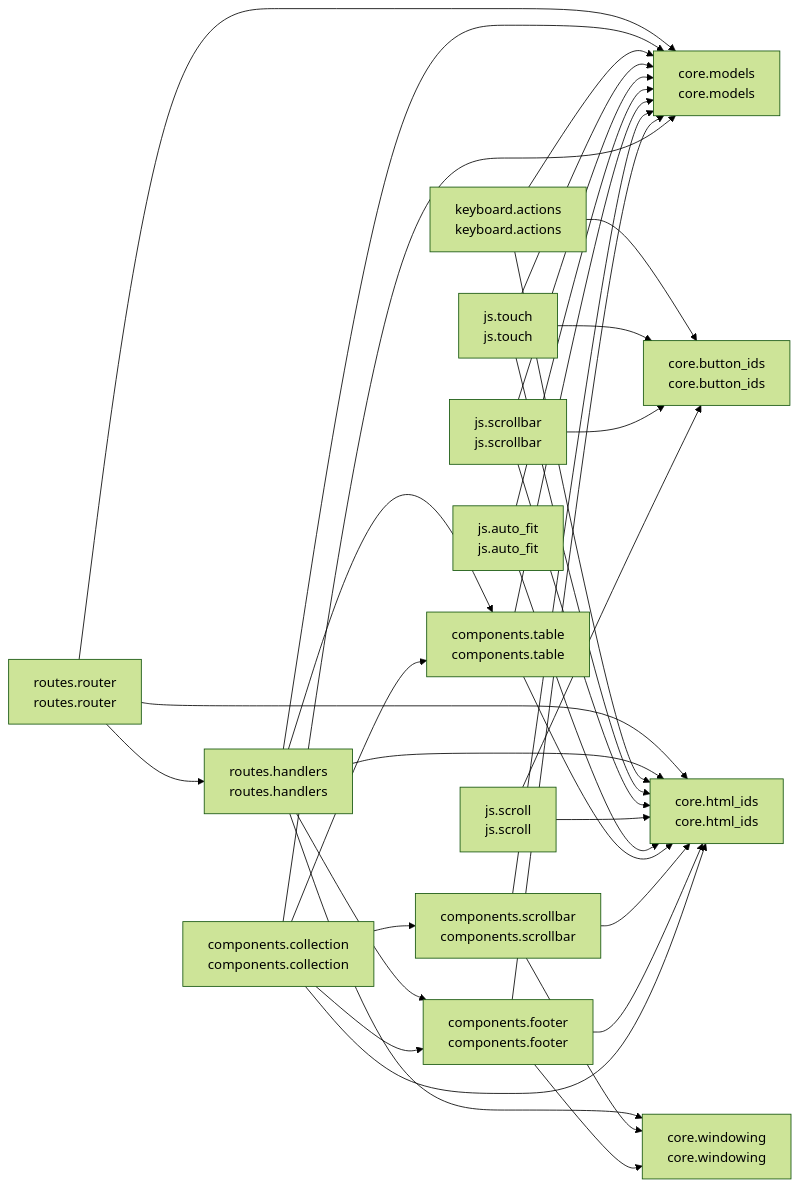
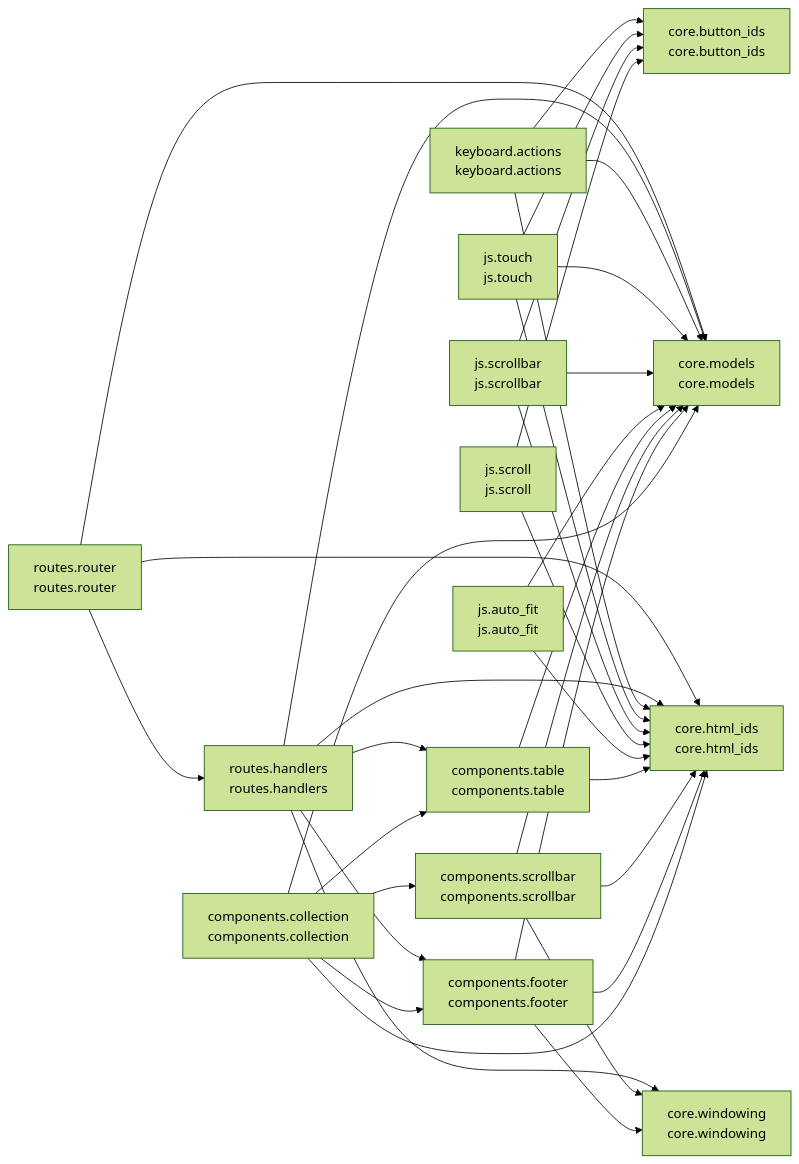
One commit to cj-mills/cjm-fasthtml-virtual-collection changed the diagram in README.md. Above: the diagram before and after it, drawn with Mermaid (forest theme). The commit also changed other lines of this file and 7 other files, not shown here.

````diff
--- a/README.md
+++ b/README.md
@@ -40,53 +40,53 @@
 ``` mermaid
 graph LR
     components_collection[components.collection<br/>components.collection]
     components_footer[components.footer<br/>components.footer]
     components_scrollbar[components.scrollbar<br/>components.scrollbar]
     components_table[components.table<br/>components.table]
     core_button_ids[core.button_ids<br/>core.button_ids]
     core_html_ids[core.html_ids<br/>core.html_ids]
     core_models[core.models<br/>core.models]
     core_windowing[core.windowing<br/>core.windowing]
     js_auto_fit[js.auto_fit<br/>js.auto_fit]
     js_scroll[js.scroll<br/>js.scroll]
     js_scrollbar[js.scrollbar<br/>js.scrollbar]
     js_touch[js.touch<br/>js.touch]
     keyboard_actions[keyboard.actions<br/>keyboard.actions]
     routes_handlers[routes.handlers<br/>routes.handlers]
     routes_router[routes.router<br/>routes.router]
 
-    components_collection --> components_table
     components_collection --> core_models
     components_collection --> components_scrollbar
+    components_collection --> components_table
     components_collection --> core_html_ids
     components_collection --> components_footer
+    components_footer --> core_windowing
     components_footer --> core_html_ids
-    components_footer --> core_windowing
     components_footer --> core_models
     components_scrollbar --> core_windowing
+    components_scrollbar --> core_models
     components_scrollbar --> core_html_ids
-    components_scrollbar --> core_models
     components_table --> core_models
     components_table --> core_html_ids
     js_auto_fit --> core_models
     js_auto_fit --> core_html_ids
     js_scroll --> core_html_ids
     js_scroll --> core_button_ids
     js_scrollbar --> core_models
     js_scrollbar --> core_html_ids
     js_scrollbar --> core_button_ids
     js_touch --> core_models
     js_touch --> core_html_ids
     js_touch --> core_button_ids
     keyboard_actions --> core_models
     keyboard_actions --> core_html_ids
     keyboard_actions --> core_button_ids
+    routes_handlers --> core_windowing
+    routes_handlers --> core_models
     routes_handlers --> components_table
-    routes_handlers --> core_models
     routes_handlers --> core_html_ids
-    routes_handlers --> core_windowing
     routes_handlers --> components_footer
     routes_router --> core_models
     routes_router --> routes_handlers
     routes_router --> core_html_ids
 ```
````
